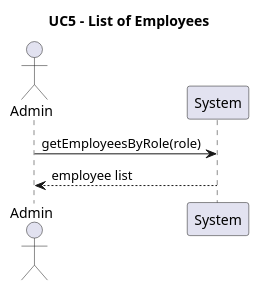
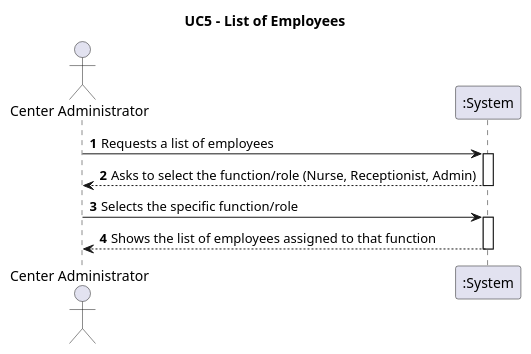
Before and after one commit to Andre-1240567/fsoft2026_1DD_1: the diagram in Documentation/Use Cases/UC5.puml, drawn with PlantUML. The commit also changed 4 other files, not shown here.

```diff
--- a/Documentation/Use Cases/UC5.puml
+++ b/Documentation/Use Cases/UC5.puml
@@ -1,11 +1,19 @@
 @startuml
 'https://plantuml.com/use-case-diagram
 title UC5 - List of Employees
 
-actor Admin
-participant "System"
+actor "Center Administrator" as Admin
+participant ":System" as System
 
-Admin -> System: getEmployeesByRole(role)
-System --> Admin: employee list
+autonumber
+
+Admin -> System: Requests a list of employees
+activate System
+System --> Admin: Asks to select the function/role (Nurse, Receptionist, Admin)
+deactivate System
+Admin -> System: Selects the specific function/role
+activate System
+System --> Admin: Shows the list of employees assigned to that function
+deactivate System
 
 @enduml
```
